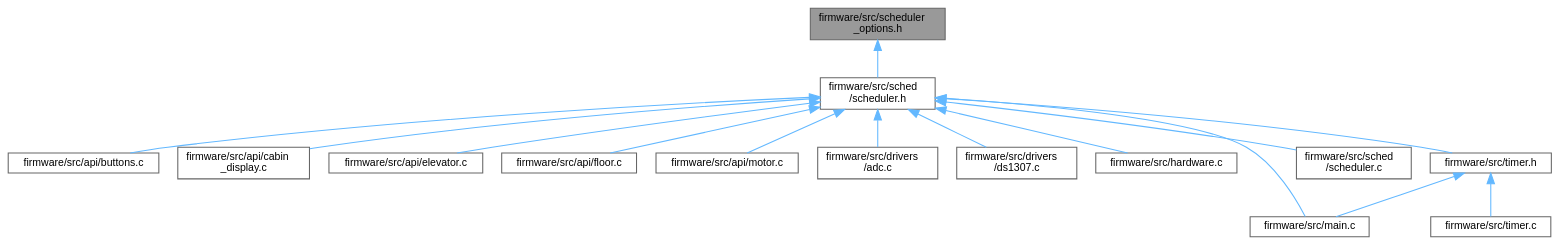
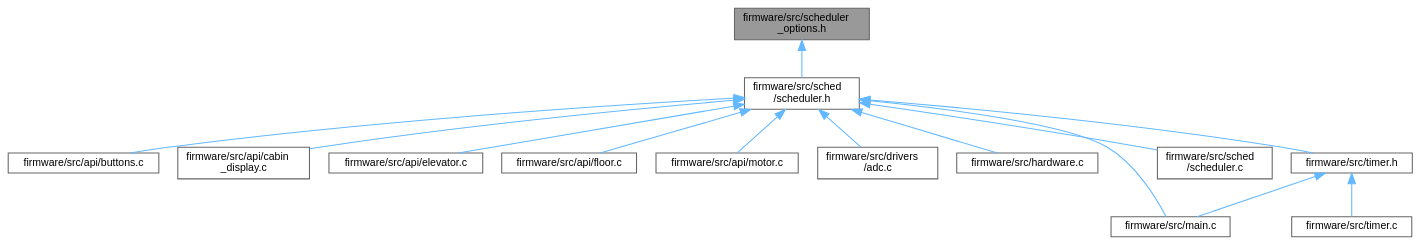
Before and after one commit to Ghaadyy/elevator-controller: the diagram in dev/scheduler__options_8h__dep__incl.dot, drawn with Graphviz. The commit also changed 90 other files, not shown here.

```diff
--- a/dev/scheduler__options_8h__dep__incl.dot
+++ b/dev/scheduler__options_8h__dep__incl.dot
@@ -1,35 +1,33 @@
 digraph "firmware/src/scheduler_options.h"
 {
  // LATEX_PDF_SIZE
   bgcolor="transparent";
   edge [fontname=Helvetica,fontsize=10,labelfontname=Helvetica,labelfontsize=10];
   node [fontname=Helvetica,fontsize=10,shape=box,height=0.2,width=0.4];
   Node1 [id="Node000001",label="firmware/src/scheduler\l_options.h",height=0.2,width=0.4,color="gray40", fillcolor="grey60", style="filled", fontcolor="black",tooltip=" "];
   Node1 -> Node2 [id="edge1_Node000001_Node000002",dir="back",color="steelblue1",style="solid",tooltip=" "];
   Node2 [id="Node000002",label="firmware/src/sched\l/scheduler.h",height=0.2,width=0.4,color="grey40", fillcolor="white", style="filled",URL="$scheduler_8h.html",tooltip=" "];
   Node2 -> Node3 [id="edge2_Node000002_Node000003",dir="back",color="steelblue1",style="solid",tooltip=" "];
   Node3 [id="Node000003",label="firmware/src/api/buttons.c",height=0.2,width=0.4,color="grey40", fillcolor="white", style="filled",URL="$buttons_8c.html",tooltip=" "];
   Node2 -> Node4 [id="edge3_Node000002_Node000004",dir="back",color="steelblue1",style="solid",tooltip=" "];
   Node4 [id="Node000004",label="firmware/src/api/cabin\l_display.c",height=0.2,width=0.4,color="grey40", fillcolor="white", style="filled",URL="$cabin__display_8c.html",tooltip=" "];
   Node2 -> Node5 [id="edge4_Node000002_Node000005",dir="back",color="steelblue1",style="solid",tooltip=" "];
   Node5 [id="Node000005",label="firmware/src/api/elevator.c",height=0.2,width=0.4,color="grey40", fillcolor="white", style="filled",URL="$elevator_8c.html",tooltip="The scheduler for the elevator."];
   Node2 -> Node6 [id="edge5_Node000002_Node000006",dir="back",color="steelblue1",style="solid",tooltip=" "];
   Node6 [id="Node000006",label="firmware/src/api/floor.c",height=0.2,width=0.4,color="grey40", fillcolor="white", style="filled",URL="$floor_8c.html",tooltip="Implementation of the floor monitor API."];
   Node2 -> Node7 [id="edge6_Node000002_Node000007",dir="back",color="steelblue1",style="solid",tooltip=" "];
   Node7 [id="Node000007",label="firmware/src/api/motor.c",height=0.2,width=0.4,color="grey40", fillcolor="white", style="filled",URL="$motor_8c.html",tooltip=" "];
   Node2 -> Node8 [id="edge7_Node000002_Node000008",dir="back",color="steelblue1",style="solid",tooltip=" "];
   Node8 [id="Node000008",label="firmware/src/drivers\l/adc.c",height=0.2,width=0.4,color="grey40", fillcolor="white", style="filled",URL="$adc_8c.html",tooltip=" "];
   Node2 -> Node9 [id="edge8_Node000002_Node000009",dir="back",color="steelblue1",style="solid",tooltip=" "];
-  Node9 [id="Node000009",label="firmware/src/drivers\l/ds1307.c",height=0.2,width=0.4,color="grey40", fillcolor="white", style="filled",URL="$ds1307_8c.html",tooltip=" "];
+  Node9 [id="Node000009",label="firmware/src/hardware.c",height=0.2,width=0.4,color="grey40", fillcolor="white", style="filled",URL="$hardware_8c.html",tooltip=" "];
   Node2 -> Node10 [id="edge9_Node000002_Node000010",dir="back",color="steelblue1",style="solid",tooltip=" "];
-  Node10 [id="Node000010",label="firmware/src/hardware.c",height=0.2,width=0.4,color="grey40", fillcolor="white", style="filled",URL="$hardware_8c.html",tooltip=" "];
+  Node10 [id="Node000010",label="firmware/src/main.c",height=0.2,width=0.4,color="grey40", fillcolor="white", style="filled",URL="$main_8c.html",tooltip=" "];
   Node2 -> Node11 [id="edge10_Node000002_Node000011",dir="back",color="steelblue1",style="solid",tooltip=" "];
-  Node11 [id="Node000011",label="firmware/src/main.c",height=0.2,width=0.4,color="grey40", fillcolor="white", style="filled",URL="$main_8c.html",tooltip=" "];
+  Node11 [id="Node000011",label="firmware/src/sched\l/scheduler.c",height=0.2,width=0.4,color="grey40", fillcolor="white", style="filled",URL="$scheduler_8c.html",tooltip="Co-operative scheduler."];
   Node2 -> Node12 [id="edge11_Node000002_Node000012",dir="back",color="steelblue1",style="solid",tooltip=" "];
-  Node12 [id="Node000012",label="firmware/src/sched\l/scheduler.c",height=0.2,width=0.4,color="grey40", fillcolor="white", style="filled",URL="$scheduler_8c.html",tooltip="Co-operative scheduler."];
-  Node2 -> Node13 [id="edge12_Node000002_Node000013",dir="back",color="steelblue1",style="solid",tooltip=" "];
-  Node13 [id="Node000013",label="firmware/src/timer.h",height=0.2,width=0.4,color="grey40", fillcolor="white", style="filled",URL="$timer_8h.html",tooltip=" "];
-  Node13 -> Node11 [id="edge13_Node000013_Node000011",dir="back",color="steelblue1",style="solid",tooltip=" "];
-  Node13 -> Node14 [id="edge14_Node000013_Node000014",dir="back",color="steelblue1",style="solid",tooltip=" "];
-  Node14 [id="Node000014",label="firmware/src/timer.c",height=0.2,width=0.4,color="grey40", fillcolor="white", style="filled",URL="$timer_8c.html",tooltip=" "];
+  Node12 [id="Node000012",label="firmware/src/timer.h",height=0.2,width=0.4,color="grey40", fillcolor="white", style="filled",URL="$timer_8h.html",tooltip=" "];
+  Node12 -> Node10 [id="edge12_Node000012_Node000010",dir="back",color="steelblue1",style="solid",tooltip=" "];
+  Node12 -> Node13 [id="edge13_Node000012_Node000013",dir="back",color="steelblue1",style="solid",tooltip=" "];
+  Node13 [id="Node000013",label="firmware/src/timer.c",height=0.2,width=0.4,color="grey40", fillcolor="white", style="filled",URL="$timer_8c.html",tooltip=" "];
 }
```
